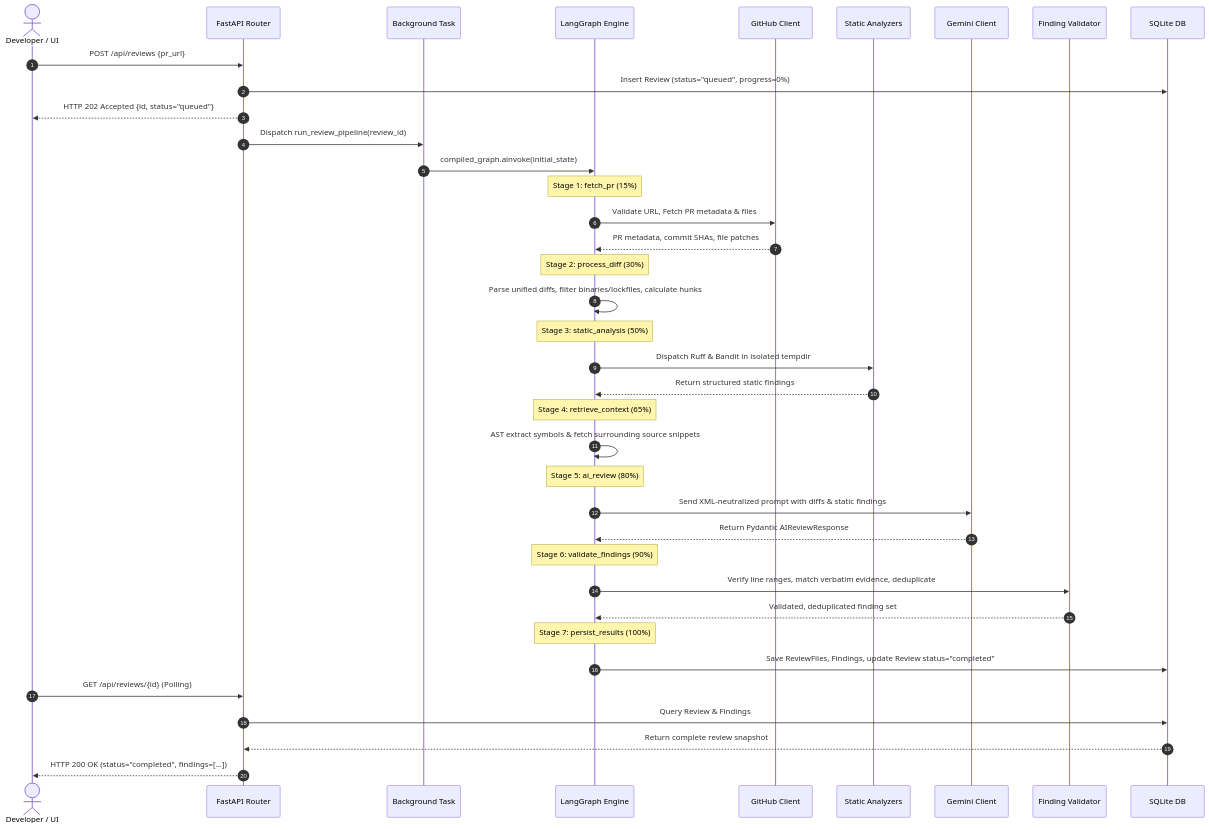
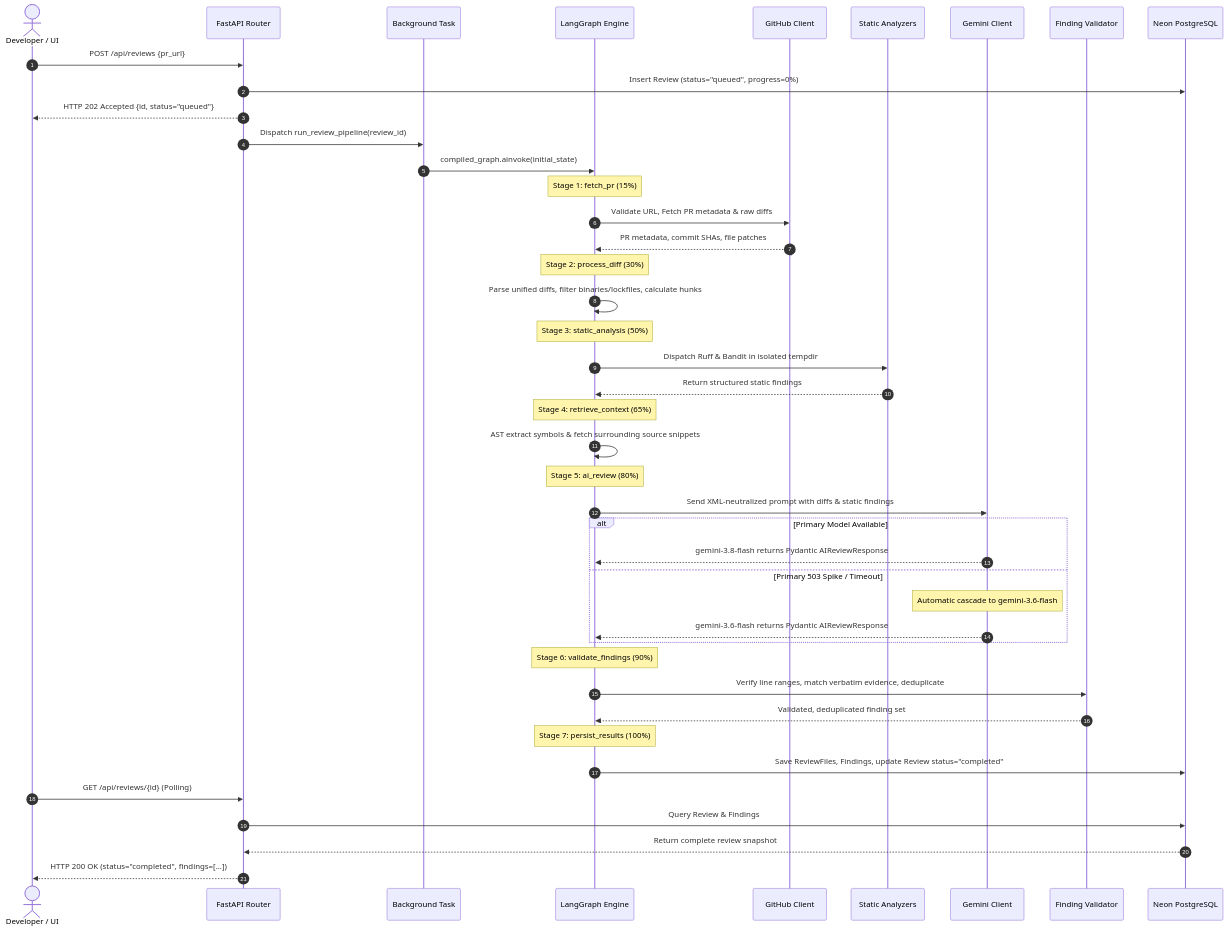
Before and after one commit to shashi123exe/pr-sentinel: the third of 5 diagrams in docs/ARCHITECTURE.md, drawn with Mermaid. The commit also changed other lines of this file and 8 other files, not shown here.

````diff
--- a/docs/ARCHITECTURE.md
+++ b/docs/ARCHITECTURE.md
@@ -106,57 +110,55 @@
 ```mermaid
 sequenceDiagram
     autonumber
     actor User as Developer / UI
     participant API as FastAPI Router
     participant BG as Background Task
     participant Graph as LangGraph Engine
     participant GH as GitHub Client
     participant Tools as Static Analyzers
     participant AI as Gemini Client
     participant Val as Finding Validator
-    participant DB as SQLite DB
+    participant DB as Neon PostgreSQL
 
     User->>API: POST /api/reviews {pr_url}
     API->>DB: Insert Review (status="queued", progress=0%)
     API-->>User: HTTP 202 Accepted {id, status="queued"}
     API->>BG: Dispatch run_review_pipeline(review_id)
 
     BG->>Graph: compiled_graph.ainvoke(initial_state)
 
-    %% Stage 1
     Note over Graph: Stage 1: fetch_pr (15%)
-    Graph->>GH: Validate URL, Fetch PR metadata & files
+    Graph->>GH: Validate URL, Fetch PR metadata & raw diffs
     GH-->>Graph: PR metadata, commit SHAs, file patches
 
-    %% Stage 2
     Note over Graph: Stage 2: process_diff (30%)
     Graph->>Graph: Parse unified diffs, filter binaries/lockfiles, calculate hunks
 
-    %% Stage 3
     Note over Graph: Stage 3: static_analysis (50%)
     Graph->>Tools: Dispatch Ruff & Bandit in isolated tempdir
     Tools-->>Graph: Return structured static findings
 
-    %% Stage 4
     Note over Graph: Stage 4: retrieve_context (65%)
     Graph->>Graph: AST extract symbols & fetch surrounding source snippets
 
-    %% Stage 5
     Note over Graph: Stage 5: ai_review (80%)
     Graph->>AI: Send XML-neutralized prompt with diffs & static findings
-    AI-->>Graph: Return Pydantic AIReviewResponse
+    alt Primary Model Available
+        AI-->>Graph: gemini-3.8-flash returns Pydantic AIReviewResponse
+    else Primary 503 Spike / Timeout
+        Note over AI: Automatic cascade to gemini-3.6-flash
+        AI-->>Graph: gemini-3.6-flash returns Pydantic AIReviewResponse
+    end
 
-    %% Stage 6
     Note over Graph: Stage 6: validate_findings (90%)
     Graph->>Val: Verify line ranges, match verbatim evidence, deduplicate
     Val-->>Graph: Validated, deduplicated finding set
 
-    %% Stage 7
     Note over Graph: Stage 7: persist_results (100%)
     Graph->>DB: Save ReviewFiles, Findings, update Review status="completed"
 
     User->>API: GET /api/reviews/{id} (Polling)
     API->>DB: Query Review & Findings
     DB-->>API: Return complete review snapshot
     API-->>User: HTTP 200 OK (status="completed", findings=[...])
 ```
````
